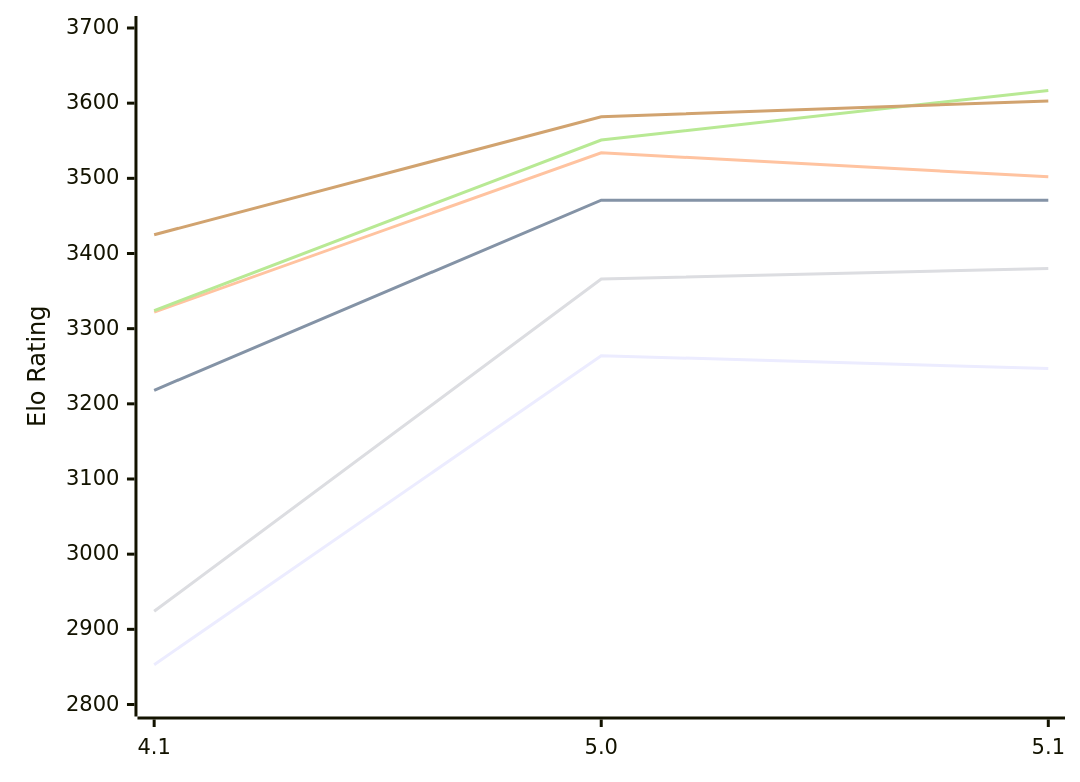
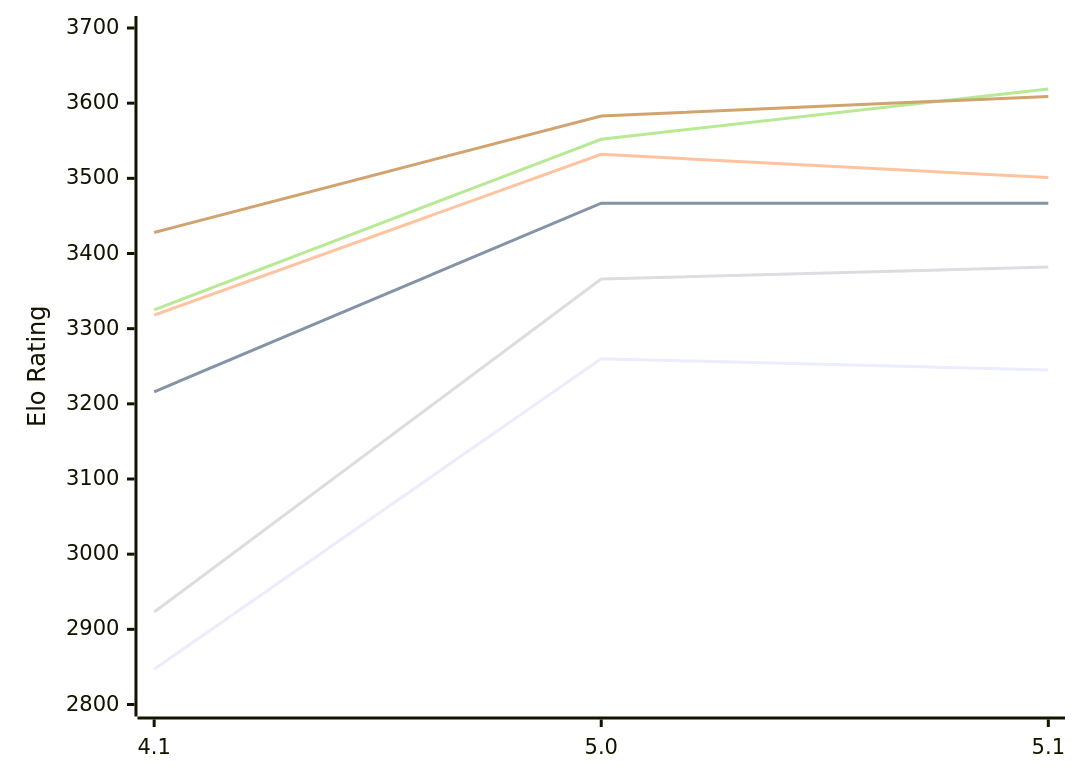
The diagram in engines/NarcNext.md (computer-chess-index/cci), drawn with Mermaid before and after one commit. The commit also changed other lines of this file, not shown here.

Commit message:
Update CCI Ratings (ELO VLTC) - 2026-11-09

````diff
--- a/engines/NarcNext.md
+++ b/engines/NarcNext.md
@@ -51,12 +51,12 @@
 ```mermaid
 %%{init: {"theme":"base","themeVariables":{"seriesColors:['#a3a3a3','#222221','#faa371']}}}%%
 xychart-beta
   x-axis ["4.1", "5.0", "5.1"]
   y-axis "Elo Rating" 2800 --> 3700
-  line "E1: STC (8.0+0.08s)" [2853, 3264, 3247]
-  line "E1: LTC (60.0+0.60s)" [3218, 3471, 3471]
-  line "E1: VLTC (2m24s+1.12s)" [3322, 3534, 3502]
-  line "P1: STC (8.0+0.08s)" [2924, 3366, 3380]
-  line "P1: LTC (60.0+0.60s)" [3324, 3551, 3617]
-  line "P1: VLTC (2m24s+1.12s)" [3425, 3582, 3603]
+  line "E1: STC (8.0+0.08s)" [2847, 3260, 3245]
+  line "E1: LTC (60.0+0.60s)" [3216, 3467, 3467]
+  line "E1: VLTC (2m24s+1.12s)" [3318, 3532, 3501]
+  line "P1: STC (8.0+0.08s)" [2923, 3366, 3382]
+  line "P1: LTC (60.0+0.60s)" [3325, 3552, 3619]
+  line "P1: VLTC (2m24s+1.12s)" [3428, 3583, 3609]
 ```
````
